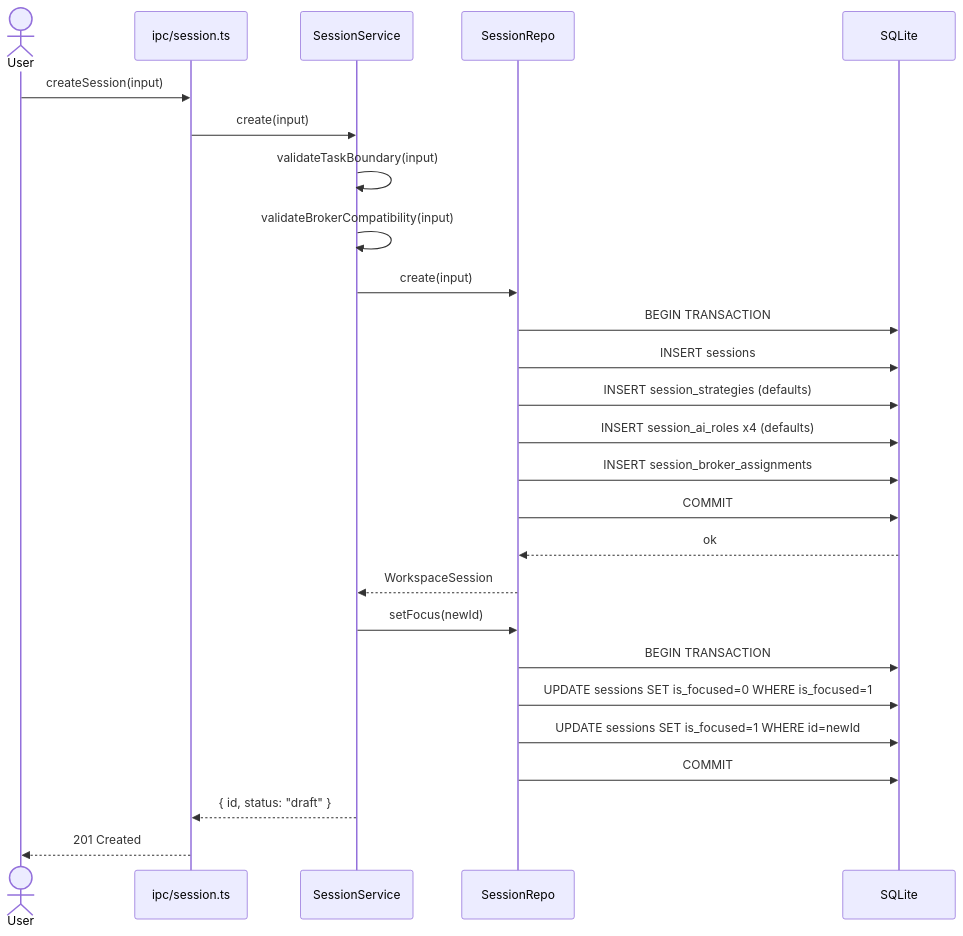
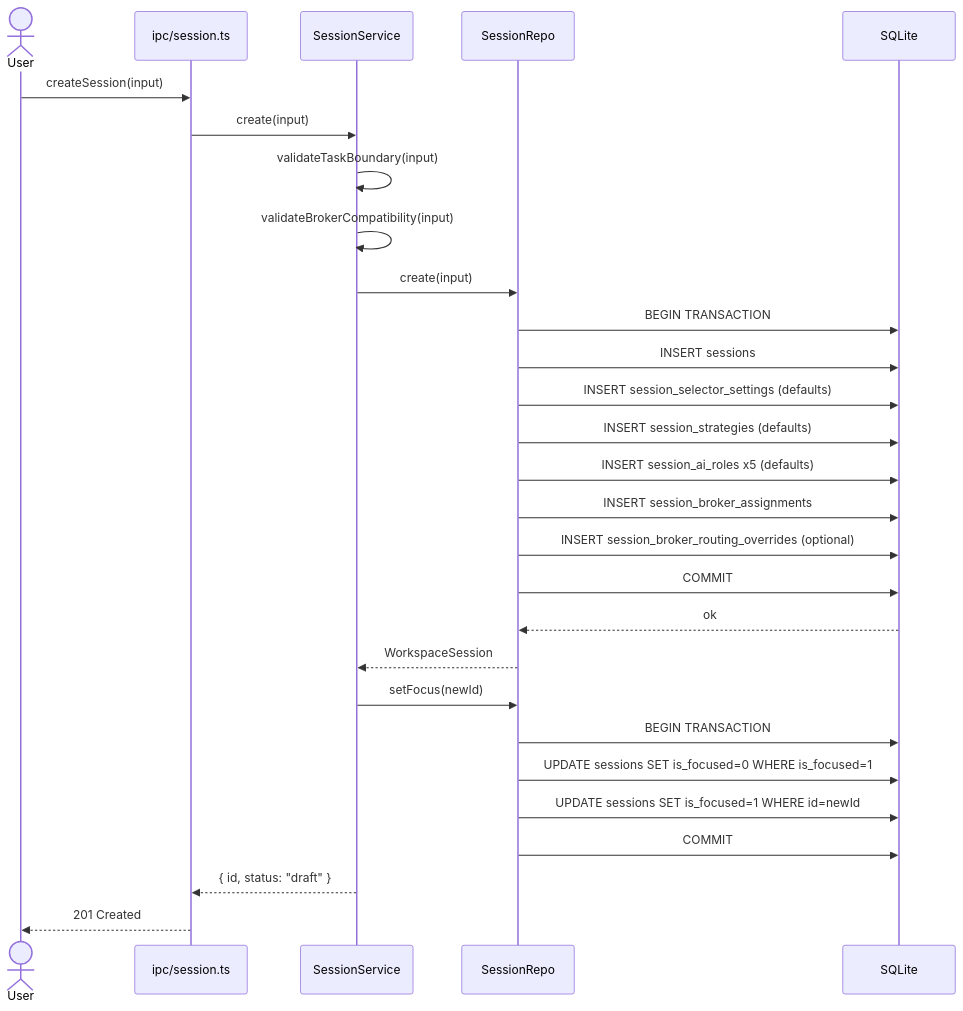
The first of 2 diagrams in docs/plan/phase-02-db-migration.md (KennethAtchon/Exva), drawn with Mermaid before and after one commit. The commit also changed other lines of this file and 13 other files, not shown here.

````diff
--- a/docs/plan/phase-02-db-migration.md
+++ b/docs/plan/phase-02-db-migration.md
@@ -273,29 +357,31 @@
 ```mermaid
 sequenceDiagram
     actor User
     participant IPC as ipc/session.ts
     participant Svc as SessionService
     participant Repo as SessionRepo
     participant DB as SQLite
 
     User->>IPC: createSession(input)
     IPC->>Svc: create(input)
     Svc->>Svc: validateTaskBoundary(input)
     Svc->>Svc: validateBrokerCompatibility(input)
     Svc->>Repo: create(input)
     Repo->>DB: BEGIN TRANSACTION
     Repo->>DB: INSERT sessions
+    Repo->>DB: INSERT session_selector_settings (defaults)
     Repo->>DB: INSERT session_strategies (defaults)
-    Repo->>DB: INSERT session_ai_roles x4 (defaults)
+    Repo->>DB: INSERT session_ai_roles x5 (defaults)
     Repo->>DB: INSERT session_broker_assignments
+    Repo->>DB: INSERT session_broker_routing_overrides (optional)
     Repo->>DB: COMMIT
     DB-->>Repo: ok
     Repo-->>Svc: WorkspaceSession
     Svc->>Repo: setFocus(newId)
     Repo->>DB: BEGIN TRANSACTION
     Repo->>DB: UPDATE sessions SET is_focused=0 WHERE is_focused=1
     Repo->>DB: UPDATE sessions SET is_focused=1 WHERE id=newId
     Repo->>DB: COMMIT
     Svc-->>IPC: { id, status: "draft" }
     IPC-->>User: 201 Created
 ```
````
